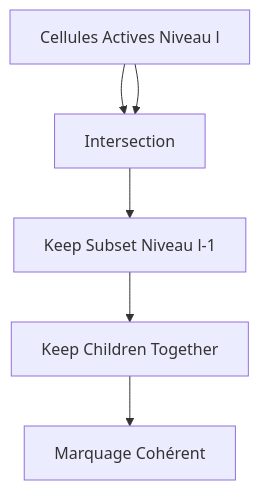
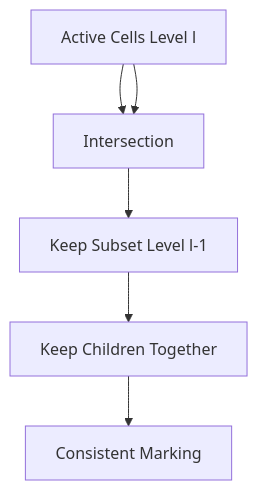
The fifth of 7 diagrams in docs/graduation_algorithm.md (sbstndb/samurai), drawn with Mermaid before and after one commit. The commit also changed other lines of this file and 8 other files, not shown here.

````diff
--- a/docs/graduation_algorithm.md
+++ b/docs/graduation_algorithm.md
@@ -165,8 +165,8 @@
 ```mermaid
 graph TD
-    A[Cellules Actives Niveau l] --> B[Intersection]
+    A[Active Cells Level l] --> B[Intersection]
     A --> B
-    B --> C[Keep Subset Niveau l-1]
+    B --> C[Keep Subset Level l-1]
     C --> D[Keep Children Together]
-    D --> E[Marquage Cohérent]
+    D --> E[Consistent Marking]
 ```
````
